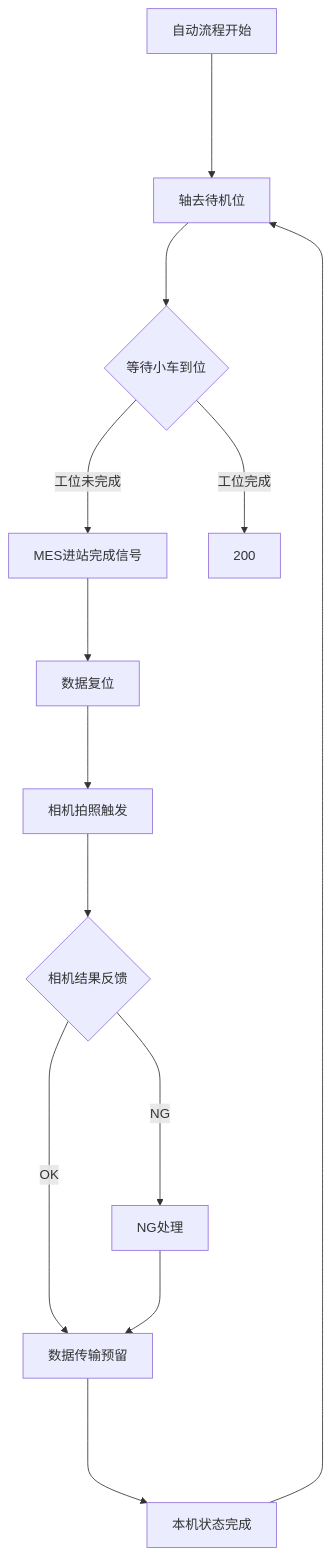
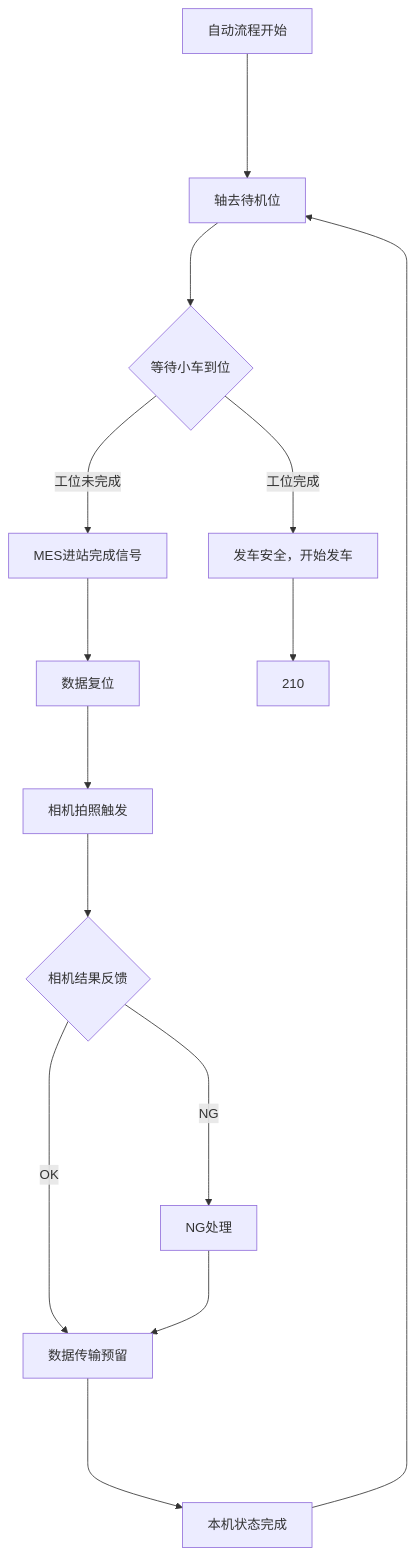
The diagram in all/OP70工位相机模组1.md (zmq000/iodraw-files), drawn with Mermaid before and after one commit.

Commit message:
2026-06-17 19:08:43 update

````diff
--- a/all/OP70工位相机模组1.md
+++ b/all/OP70工位相机模组1.md
@@ -1,17 +1,18 @@
 ```mermaid
 graph TD
 自动流程开始---->10
 10[轴去待机位]--->20
 20{等待小车到位}--->|工位未完成|100
 20--->|工位完成|200
 100[MES进站完成信号]--->110
 110[数据复位]--->120
 120[相机拍照触发]--->130
 130{相机结果反馈}--->|OK|150
 130---->|NG|140
 140[NG处理]--->150
 150[数据传输预留]---->160
 160[本机状态完成]--->10
+200[发车安全，开始发车]--->210
 
 
 ```
````
